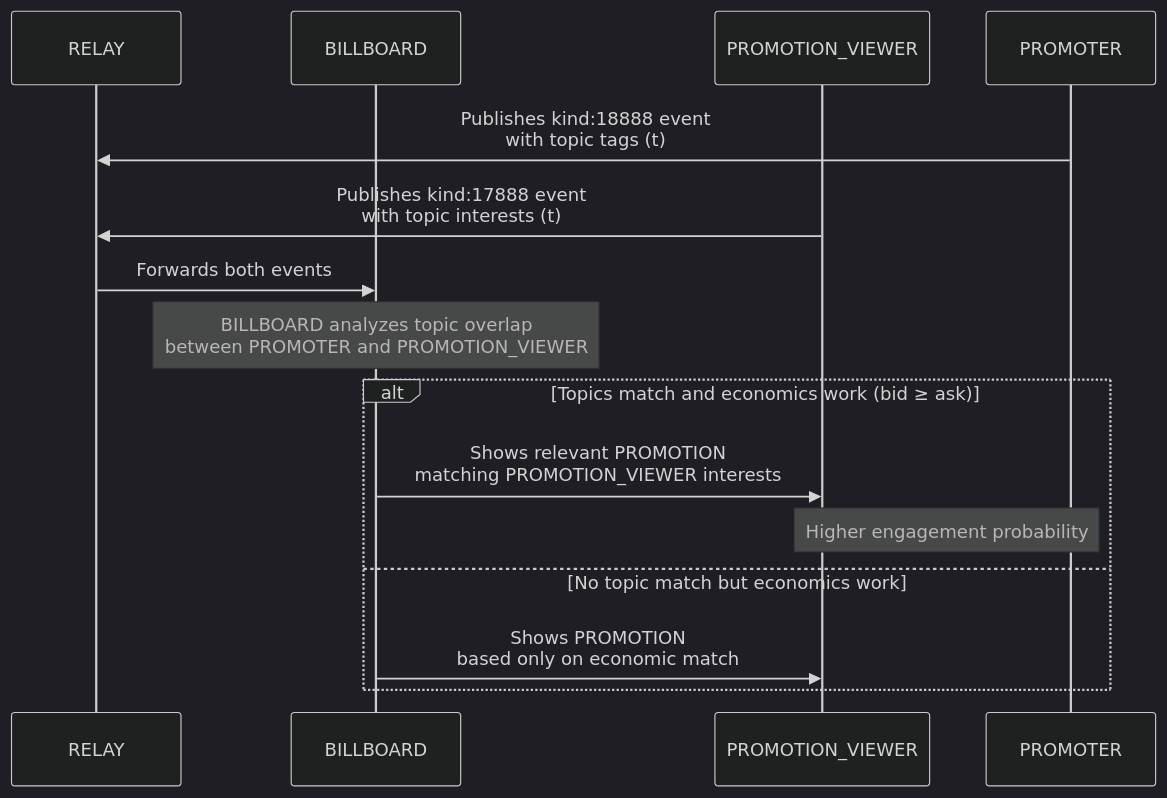
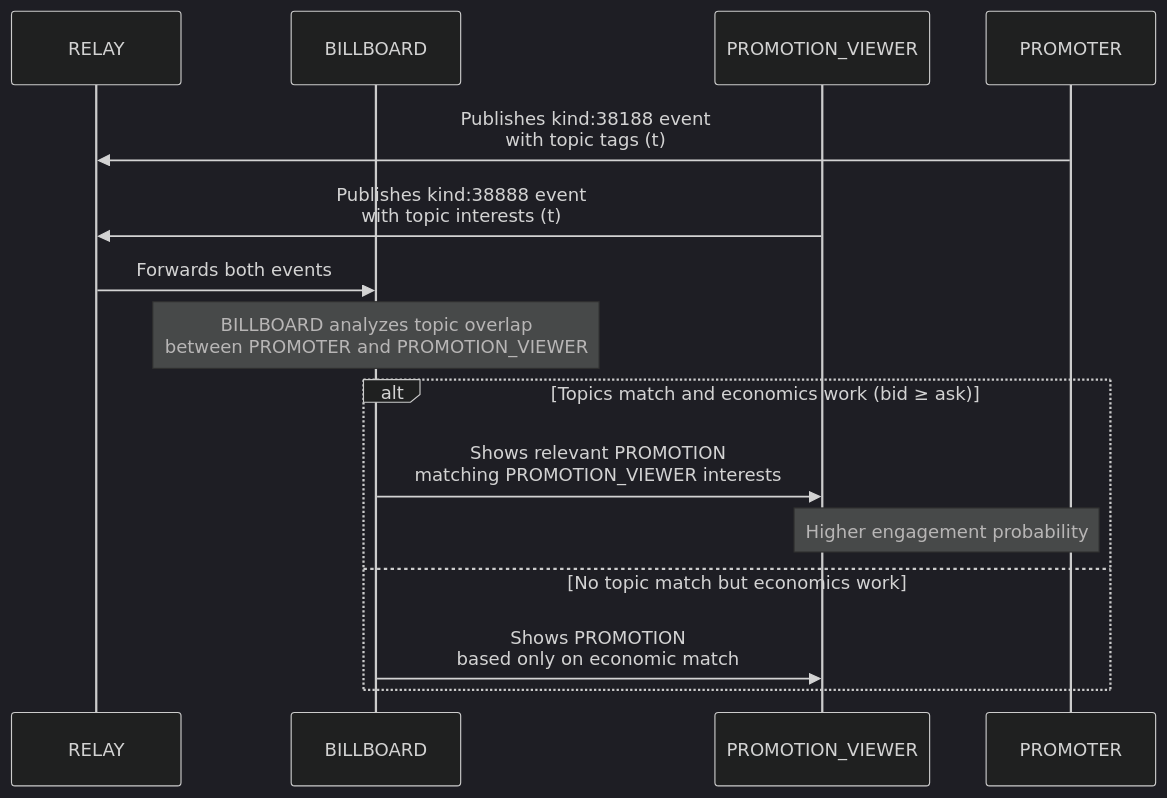
One commit to joinnextblock/attn-protocol changed the diagram in NIP-X5.md. Above: the diagram before and after it, drawn with Mermaid (dark theme). The commit also changed other lines of this file and 12 other files, not shown here.

````diff
--- a/NIP-X5.md
+++ b/NIP-X5.md
@@ -160,20 +158,20 @@
 ```mermaid
 sequenceDiagram
     participant RELAY
     participant BILLBOARD
     participant PROMOTION_VIEWER
     participant PROMOTER
 
-    PROMOTER->>RELAY: Publishes kind:18888 event<br/>with topic tags (t)
-    PROMOTION_VIEWER->>RELAY: Publishes kind:17888 event<br/>with topic interests (t)
+    PROMOTER->>RELAY: Publishes kind:38188 event<br/>with topic tags (t)
+    PROMOTION_VIEWER->>RELAY: Publishes kind:38888 event<br/>with topic interests (t)
     RELAY->>BILLBOARD: Forwards both events
     
     Note over BILLBOARD: BILLBOARD analyzes topic overlap<br/>between PROMOTER and PROMOTION_VIEWER
     
     alt Topics match and economics work (bid ≥ ask)
         BILLBOARD->>PROMOTION_VIEWER: Shows relevant PROMOTION<br/>matching PROMOTION_VIEWER interests
         Note over PROMOTION_VIEWER,PROMOTER: Higher engagement probability
     else No topic match but economics work
         BILLBOARD->>PROMOTION_VIEWER: Shows PROMOTION<br/>based only on economic match
     end
 ```
````
